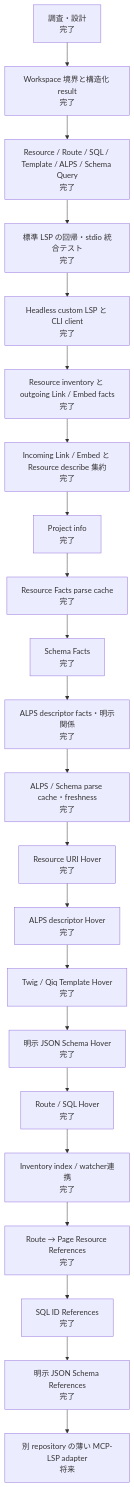
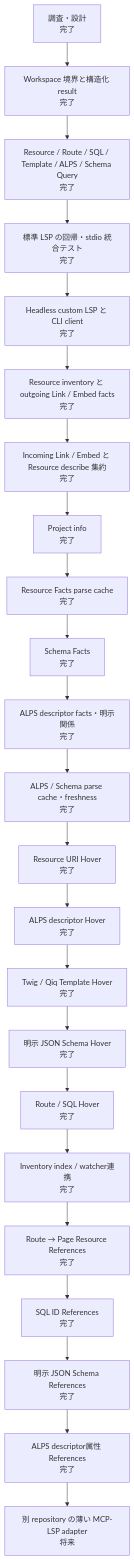
The second of 2 diagrams in docs/semantic-lsp-progress.ja.md (suzumaze/bear-phpactor-extension), drawn with Mermaid before and after one commit. The commit also changed other lines of this file and 13 other files, not shown here.

````diff
--- a/docs/semantic-lsp-progress.ja.md
+++ b/docs/semantic-lsp-progress.ja.md
@@ -31,27 +31,28 @@
 ```mermaid
 flowchart TD
     p0["調査・設計\n完了"]
     p1["Workspace 境界と構造化 result\n完了"]
     p2["Resource / Route / SQL / Template / ALPS / Schema Query\n完了"]
     p3["標準 LSP の回帰・stdio 統合テスト\n完了"]
     p4["Headless custom LSP と CLI client\n完了"]
     p5["Resource inventory と outgoing Link / Embed facts\n完了"]
     p6["Incoming Link / Embed と Resource describe 集約\n完了"]
     p7["Project info\n完了"]
     p75["Resource Facts parse cache\n完了"]
     p76["Schema Facts\n完了"]
     p77["ALPS descriptor facts・明示関係\n完了"]
     p78["ALPS / Schema parse cache・freshness\n完了"]
     p79["Resource URI Hover\n完了"]
     p80["ALPS descriptor Hover\n完了"]
     p81["Twig / Qiq Template Hover\n完了"]
     p82["明示 JSON Schema Hover\n完了"]
     p83["Route / SQL Hover\n完了"]
     p84["Inventory index / watcher連携\n完了"]
     p85["Route → Page Resource References\n完了"]
     p86["SQL ID References\n完了"]
     p87["明示 JSON Schema References\n完了"]
+    p88["ALPS descriptor属性 References\n完了"]
     p8["別 repository の薄い MCP-LSP adapter\n将来"]
 
-    p0 --> p1 --> p2 --> p3 --> p4 --> p5 --> p6 --> p7 --> p75 --> p76 --> p77 --> p78 --> p79 --> p80 --> p81 --> p82 --> p83 --> p84 --> p85 --> p86 --> p87 --> p8
+    p0 --> p1 --> p2 --> p3 --> p4 --> p5 --> p6 --> p7 --> p75 --> p76 --> p77 --> p78 --> p79 --> p80 --> p81 --> p82 --> p83 --> p84 --> p85 --> p86 --> p87 --> p88 --> p8
 ```
````
